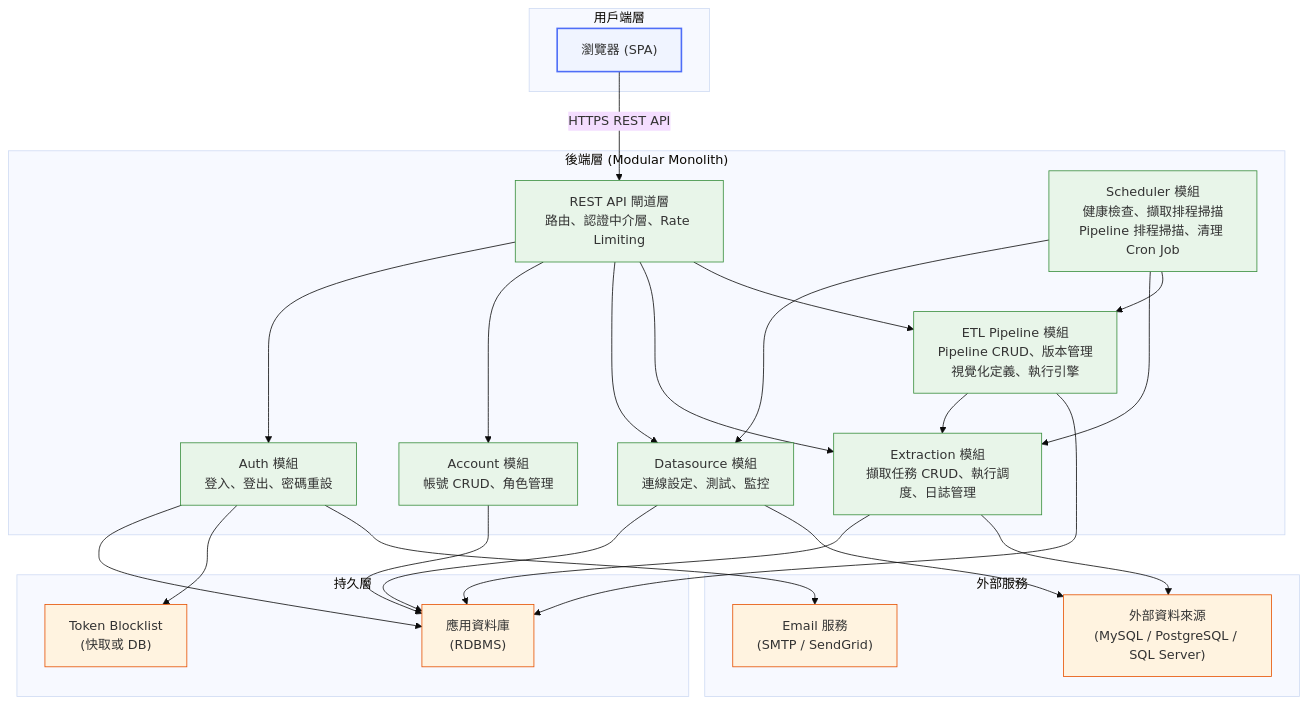
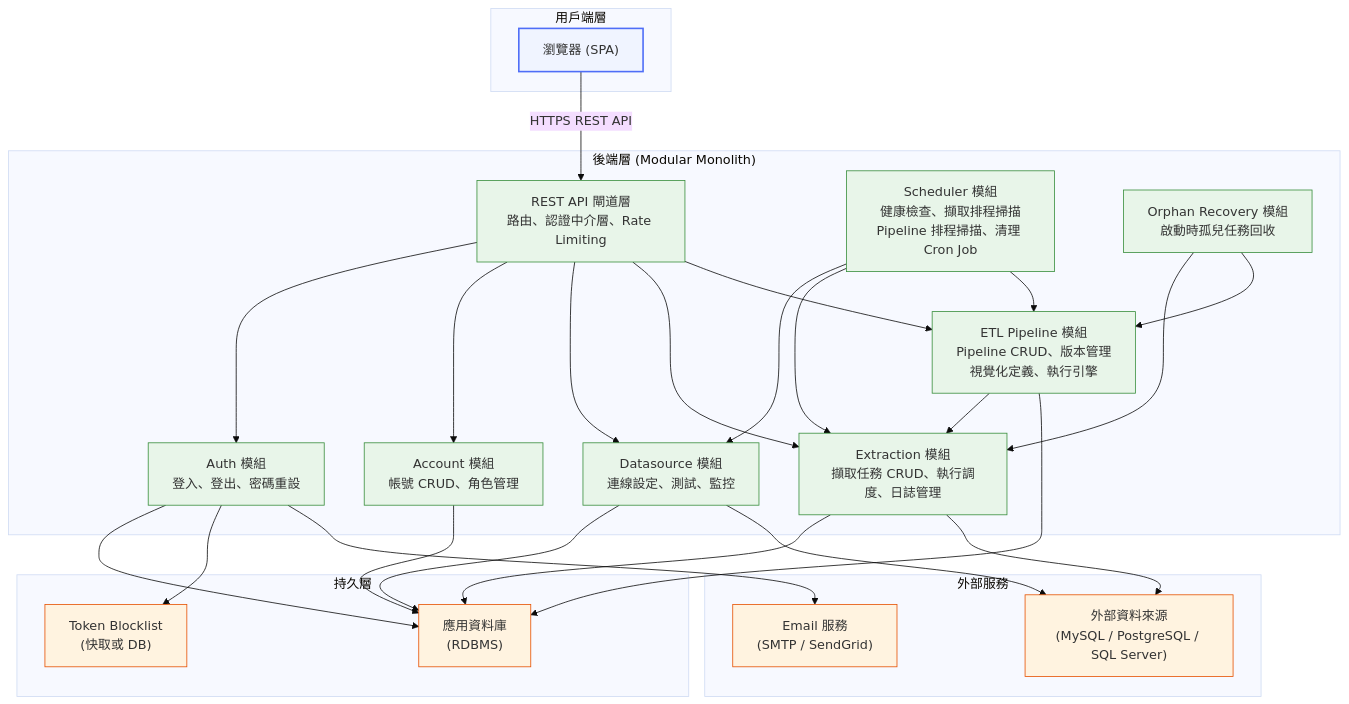
The first of 14 diagrams in docs/specs/architecture-spec.md (wisewhalesoft/cdmp-mvp), drawn with Mermaid (base theme) before and after one commit. The commit also changed other lines of this file and 3 other files, not shown here.

````diff
--- a/docs/specs/architecture-spec.md
+++ b/docs/specs/architecture-spec.md
@@ -42,53 +42,56 @@
 ```mermaid
 graph TD
     subgraph 用戶端["用戶端層"]
         Browser["瀏覽器 (SPA)"]
     end
 
     subgraph 後端["後端層 (Modular Monolith)"]
         API["REST API 閘道層<br/>路由、認證中介層、Rate Limiting"]
         AuthMod["Auth 模組<br/>登入、登出、密碼重設"]
         AccountMod["Account 模組<br/>帳號 CRUD、角色管理"]
         DatasourceMod["Datasource 模組<br/>連線設定、測試、監控"]
         ExtractionMod["Extraction 模組<br/>擷取任務 CRUD、執行調度、日誌管理"]
         ETLMod["ETL Pipeline 模組<br/>Pipeline CRUD、版本管理<br/>視覺化定義、執行引擎"]
         Scheduler["Scheduler 模組<br/>健康檢查、擷取排程掃描<br/>Pipeline 排程掃描、清理 Cron Job"]
+        OrphanRecoveryMod["Orphan Recovery 模組<br/>啟動時孤兒任務回收"]
     end
 
     subgraph 持久層["持久層"]
         AppDB["應用資料庫<br/>(RDBMS)"]
         TokenStore["Token Blocklist<br/>(快取或 DB)"]
     end
 
     subgraph 外部["外部服務"]
         Email["Email 服務<br/>(SMTP / SendGrid)"]
         TargetDB["外部資料來源<br/>(MySQL / PostgreSQL / SQL Server)"]
     end
 
     Browser -->|"HTTPS REST API"| API
     API --> AuthMod
     API --> AccountMod
     API --> DatasourceMod
     API --> ExtractionMod
     API --> ETLMod
     Scheduler --> DatasourceMod
     Scheduler --> ExtractionMod
     Scheduler --> ETLMod
+    OrphanRecoveryMod --> ExtractionMod
+    OrphanRecoveryMod --> ETLMod
     ETLMod --> ExtractionMod
     AuthMod --> AppDB
     AuthMod --> TokenStore
     AuthMod --> Email
     AccountMod --> AppDB
     DatasourceMod --> AppDB
     DatasourceMod --> TargetDB
     ExtractionMod --> AppDB
     ExtractionMod --> TargetDB
     ETLMod --> AppDB
 
     classDef layer fill:#f0f4ff,stroke:#4f6ef7,stroke-width:2px
     classDef module fill:#e8f5e9,stroke:#388e3c,stroke-width:1px
     classDef external fill:#fff3e0,stroke:#e65100,stroke-width:1px
     class Browser layer
-    class API,AuthMod,AccountMod,DatasourceMod,ExtractionMod,ETLMod,Scheduler module
+    class API,AuthMod,AccountMod,DatasourceMod,ExtractionMod,ETLMod,Scheduler,OrphanRecoveryMod module
     class Email,TargetDB,AppDB,TokenStore external
 ```
````
